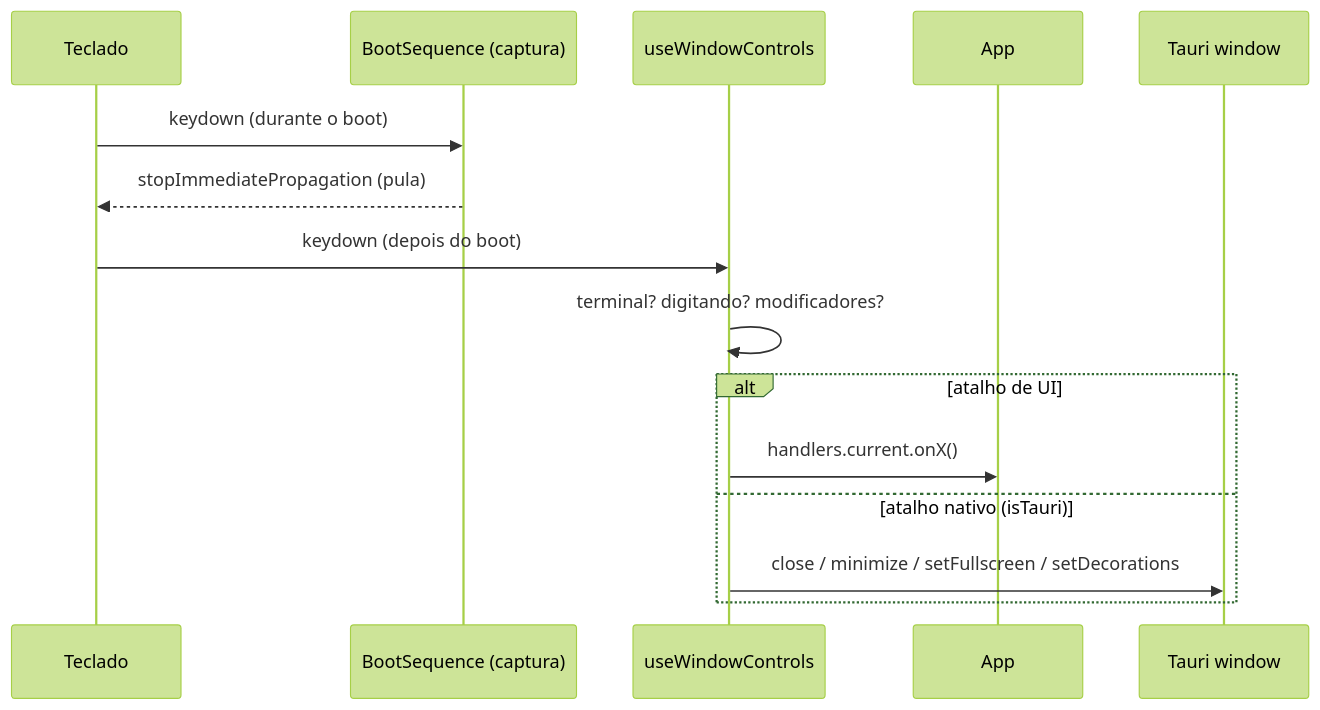
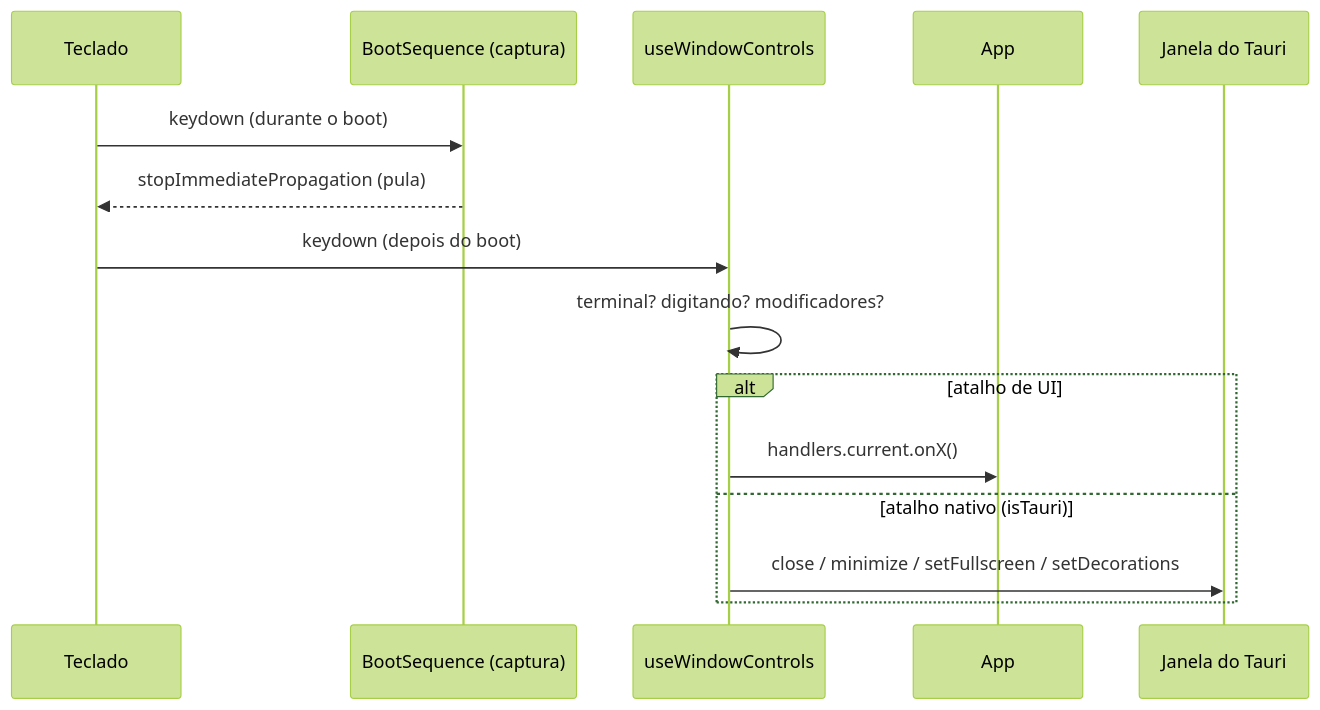
The diagram in .specs/features/keyboard-shortcuts/spec.md (felipeAguiarCode/jvOS), drawn with Mermaid (forest theme) before and after one commit. The commit also changed other lines of this file and 90 other files, not shown here.

````diff
--- a/.specs/features/keyboard-shortcuts/spec.md
+++ b/.specs/features/keyboard-shortcuts/spec.md
@@ -264,17 +389,17 @@
 ```mermaid
 sequenceDiagram
   participant K as Teclado
   participant B as BootSequence (captura)
   participant W as useWindowControls
   participant A as App
-  participant T as Tauri window
+  participant T as Janela do Tauri
   K->>B: keydown (durante o boot)
   B-->>K: stopImmediatePropagation (pula)
   K->>W: keydown (depois do boot)
   W->>W: terminal? digitando? modificadores?
   alt atalho de UI
     W->>A: handlers.current.onX()
   else atalho nativo (isTauri)
     W->>T: close / minimize / setFullscreen / setDecorations
   end
 ```
````
